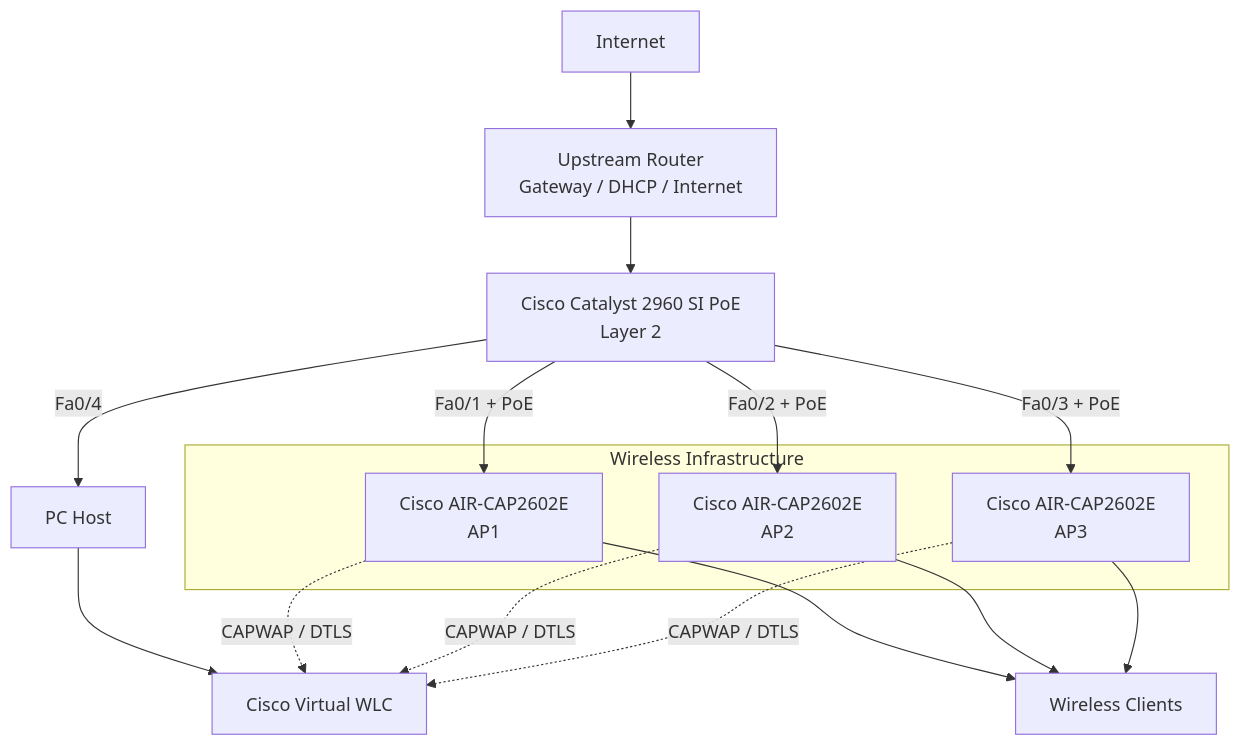
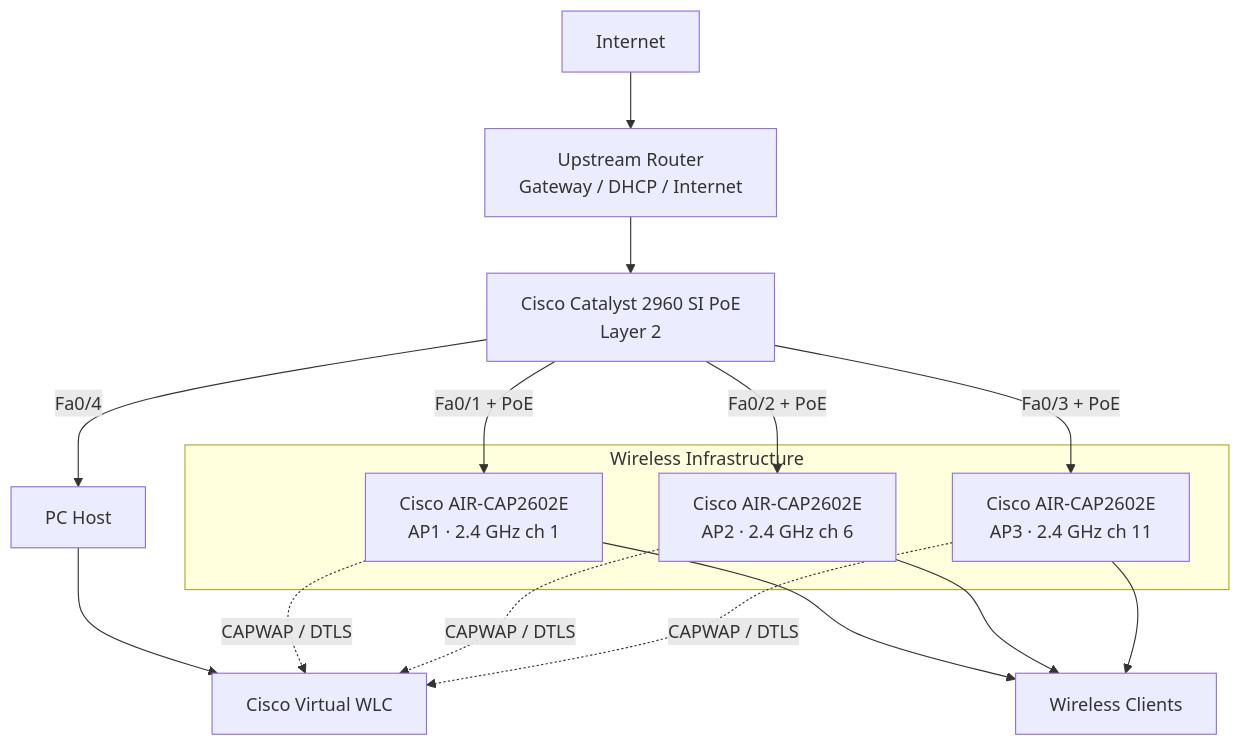
The first of 2 diagrams in diagrams/topology.md (LuizGabrielTeixeira/isep-career-summit-wireless), drawn with Mermaid before and after one commit. The commit also changed 4 other files, not shown here.

````diff
--- a/diagrams/topology.md
+++ b/diagrams/topology.md
@@ -3,34 +3,34 @@
 ```mermaid
 flowchart TB
     Internet[Internet]
     Router[Upstream Router<br/>Gateway / DHCP / Internet]
     Switch[Cisco Catalyst 2960 SI PoE<br/>Layer 2]
     Host[PC Host]
     WLC[Cisco Virtual WLC]
 
     subgraph Wireless["Wireless Infrastructure"]
-        AP1[Cisco AIR-CAP2602E<br/>AP1]
-        AP2[Cisco AIR-CAP2602E<br/>AP2]
-        AP3[Cisco AIR-CAP2602E<br/>AP3]
+        AP1[Cisco AIR-CAP2602E<br/>AP1 · 2.4 GHz ch 1]
+        AP2[Cisco AIR-CAP2602E<br/>AP2 · 2.4 GHz ch 6]
+        AP3[Cisco AIR-CAP2602E<br/>AP3 · 2.4 GHz ch 11]
     end
 
     Clients[Wireless Clients]
 
     Internet --> Router
     Router --> Switch
 
     Switch -->|Fa0/4| Host
     Host --> WLC
 
     Switch -->|Fa0/1 + PoE| AP1
     Switch -->|Fa0/2 + PoE| AP2
     Switch -->|Fa0/3 + PoE| AP3
 
     AP1 -. CAPWAP / DTLS .-> WLC
     AP2 -. CAPWAP / DTLS .-> WLC
     AP3 -. CAPWAP / DTLS .-> WLC
 
     AP1 --> Clients
     AP2 --> Clients
     AP3 --> Clients
 ```
````
